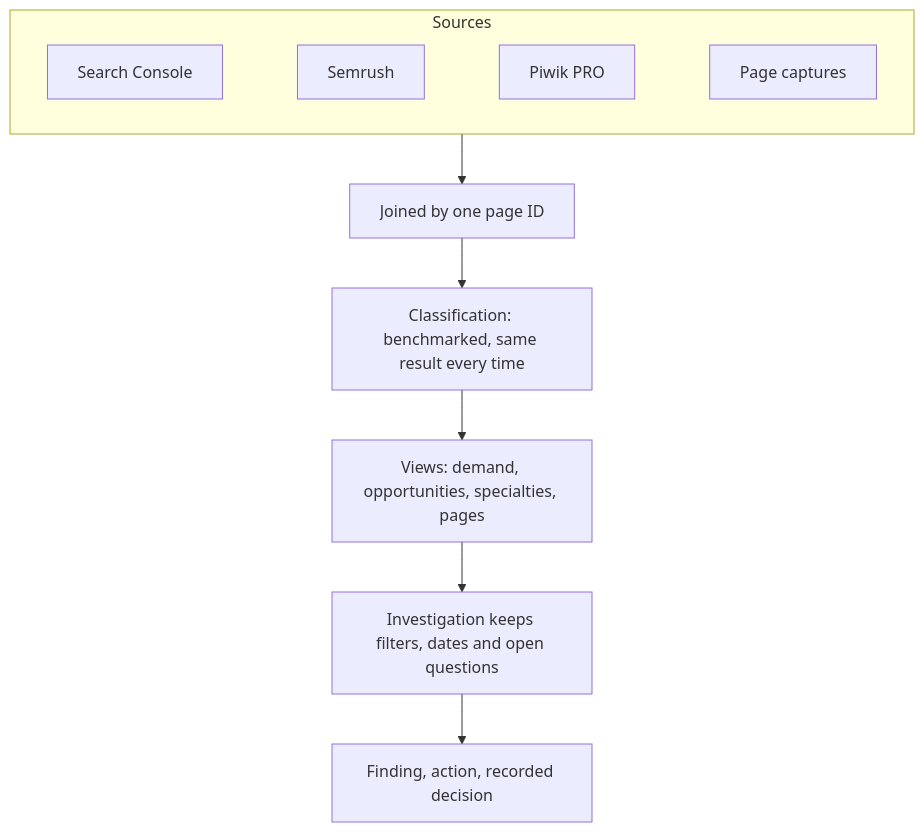
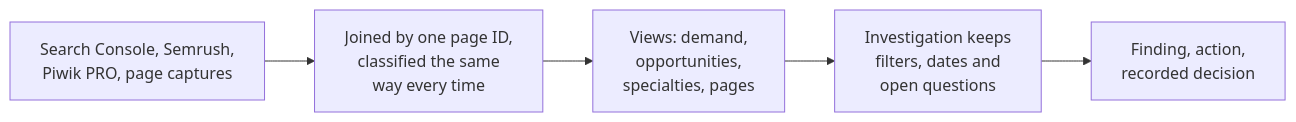
Before and after one commit to rekomakela/rekomakela: the first of 2 diagrams in README.md, drawn with Mermaid. The commit also changed other lines of this file, not shown here.

Commit message:
Profile: pitch up top, Terveystalo results first, graph beside its explanation

````diff
--- a/README.md
+++ b/README.md
@@ -17,12 +44,7 @@
 ```mermaid
-flowchart TB
-  subgraph S[Sources]
-    direction LR
-    GSC[Search Console] ~~~ SEM[Semrush] ~~~ PP[Piwik PRO] ~~~ PC[Page captures]
-  end
-  S --> J["Joined by one page ID"]
-  J --> K["Classification: benchmarked, same result every time"]
-  K --> V["Views: demand, opportunities, specialties, pages"]
-  V --> I["Investigation keeps filters, dates and open questions"]
-  I --> D["Finding, action, recorded decision"]
+flowchart LR
+  S["Search Console, Semrush,<br/>Piwik PRO, page captures"] --> J["Joined by one page ID,<br/>classified the same<br/>way every time"]
+  J --> V["Views: demand,<br/>opportunities,<br/>specialties, pages"]
+  V --> I["Investigation keeps<br/>filters, dates and<br/>open questions"]
+  I --> D["Finding, action,<br/>recorded decision"]
 ```
````
